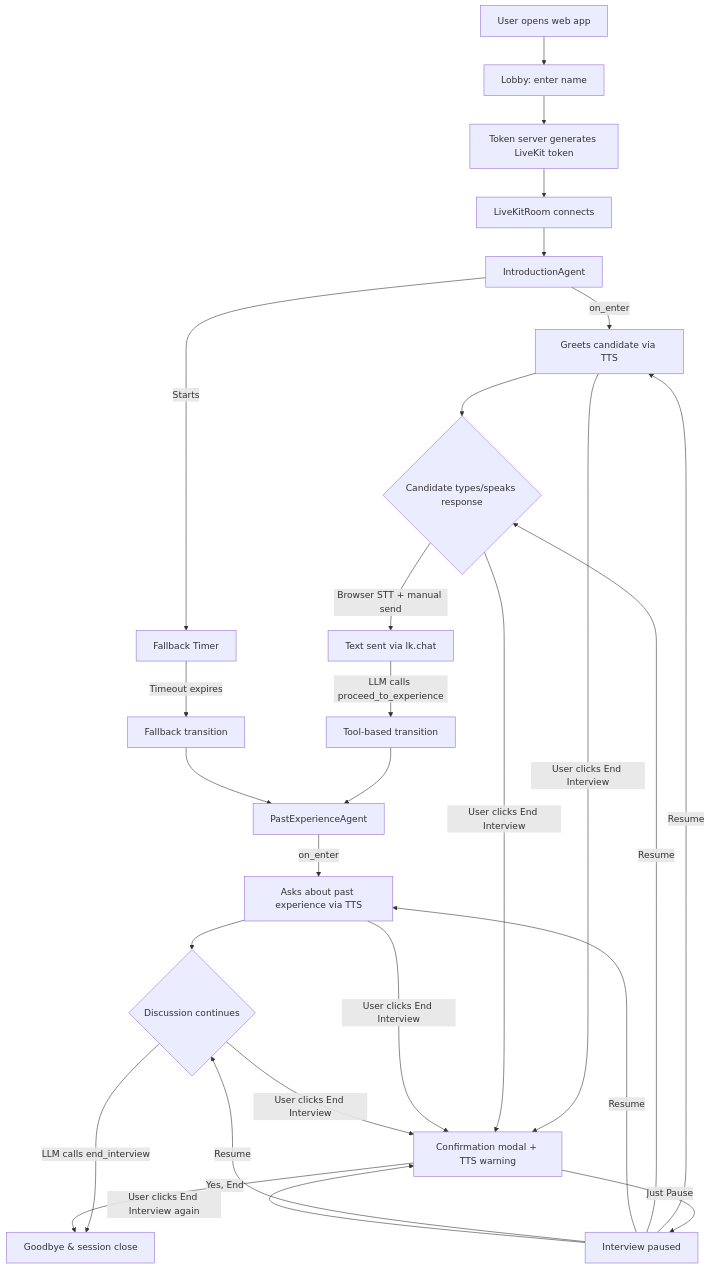
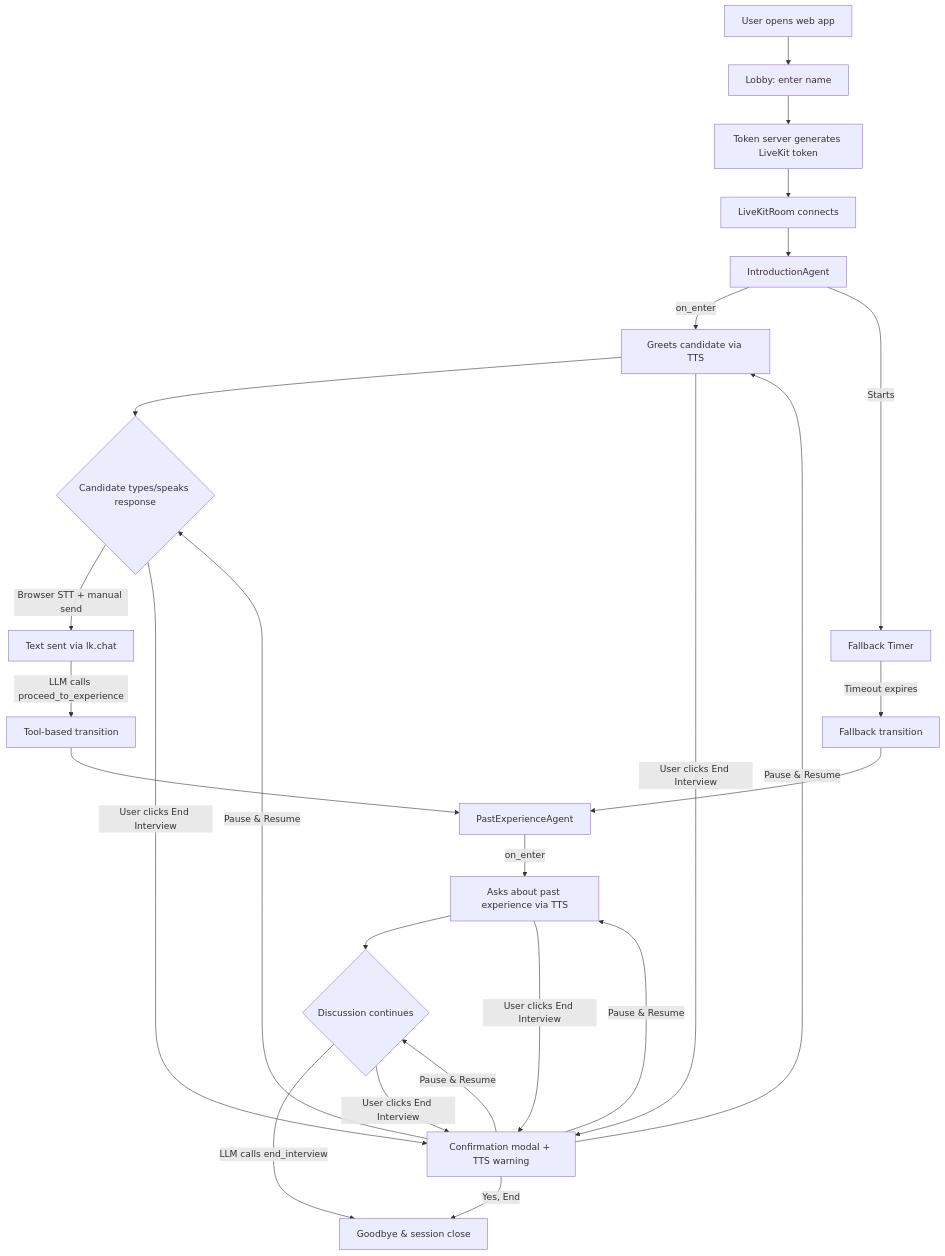
One commit to anhtranst/moc_interview_demo changed the first of 3 diagrams in README.md. Above: the diagram before and after it, drawn with Mermaid.

Commit message:
docs(README.md): simplify the diagram

````diff
--- a/README.md
+++ b/README.md
@@ -20,30 +20,28 @@
 ```mermaid
 flowchart TD
     A[User opens web app] --> B[Lobby: enter name]
     B --> C[Token server generates LiveKit token]
     C --> D[LiveKitRoom connects]
     D --> E[IntroductionAgent]
     E -->|on_enter| F[Greets candidate via TTS]
     E -->|Starts| G[Fallback Timer]
     F --> H{Candidate types/speaks response}
     H -->|Browser STT + manual send| I[Text sent via lk.chat]
     I -->|LLM calls proceed_to_experience| J[Tool-based transition]
     G -->|Timeout expires| K[Fallback transition]
     J --> L[PastExperienceAgent]
     K --> L
     L -->|on_enter| M[Asks about past experience via TTS]
     M --> N{Discussion continues}
     N -->|LLM calls end_interview| O[Goodbye & session close]
 
     F -->|User clicks End Interview| P[Confirmation modal + TTS warning]
     H -->|User clicks End Interview| P
     M -->|User clicks End Interview| P
     N -->|User clicks End Interview| P
-    P -->|Just Pause| Q[Interview paused]
+    P -->|Pause & Resume| F
+    P -->|Pause & Resume| H
+    P -->|Pause & Resume| M
+    P -->|Pause & Resume| N
     P -->|Yes, End| O
-    Q -->|Resume| F
-    Q -->|Resume| H
-    Q -->|Resume| M
-    Q -->|Resume| N
-    Q -->|User clicks End Interview again| P
 ```
````
